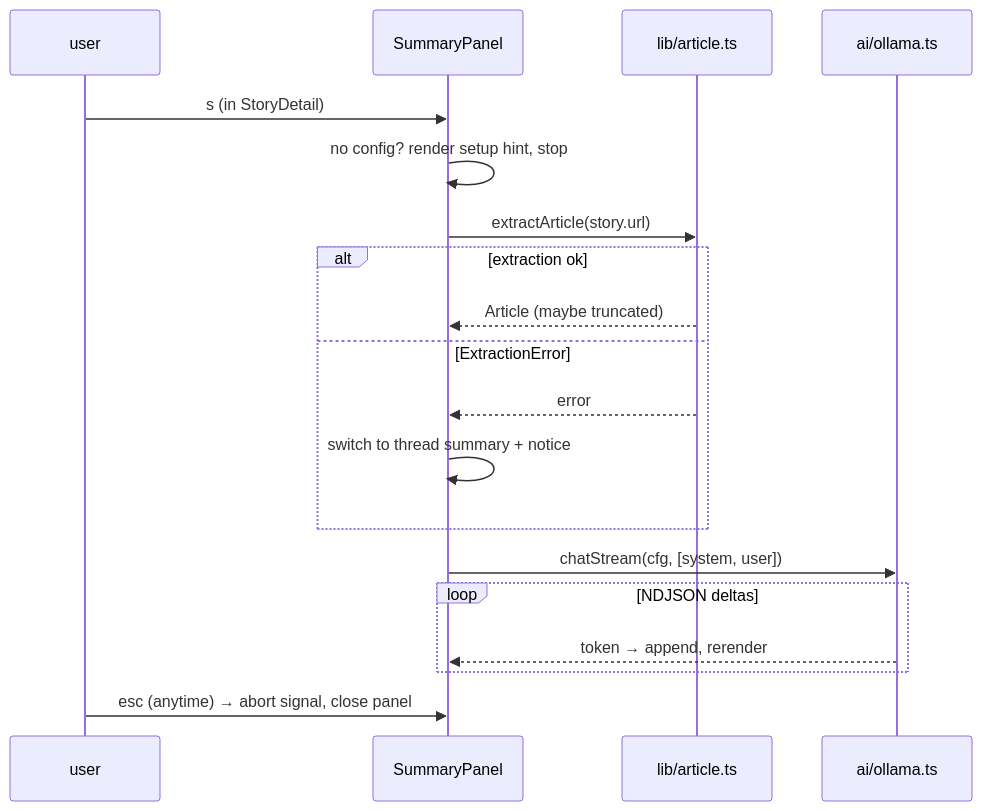
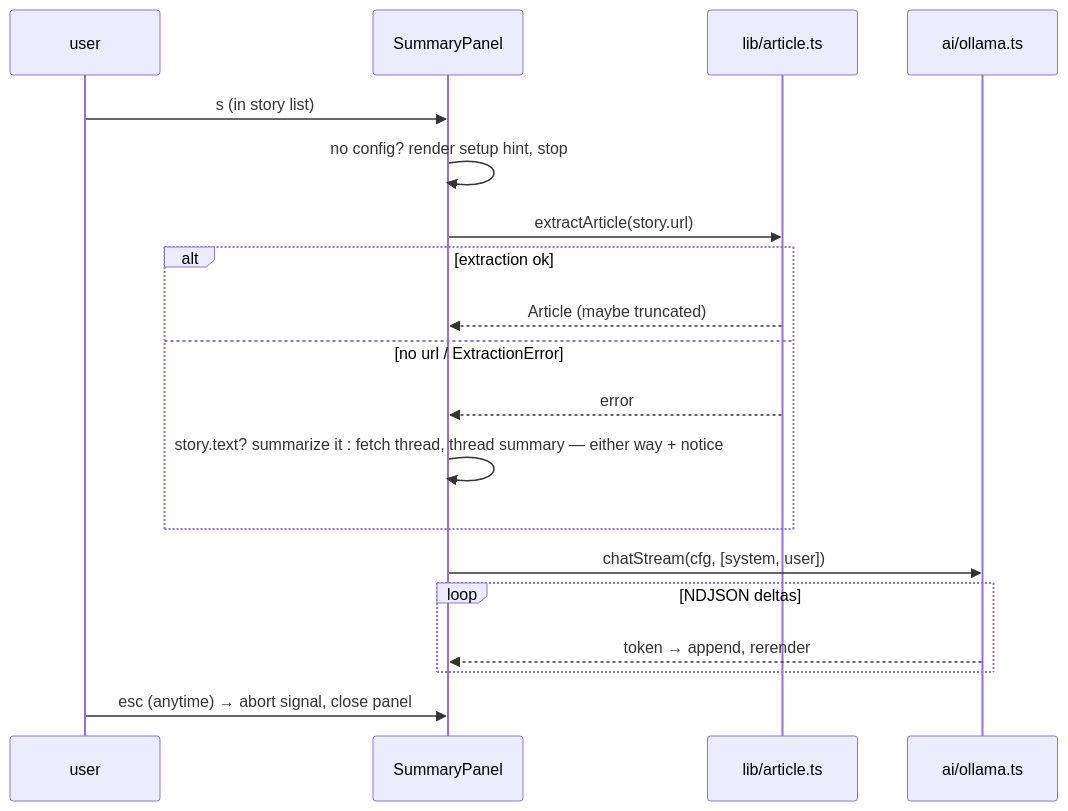
One commit to navinrc/hn-bits changed the diagram in specs/v2/04-summaries.md. Above: the diagram before and after it, drawn with Mermaid. The commit also changed other lines of this file and 5 other files, not shown here.

````diff
--- a/specs/v2/04-summaries.md
+++ b/specs/v2/04-summaries.md
@@ -30,22 +32,22 @@
 ```mermaid
 sequenceDiagram
     participant U as user
     participant P as SummaryPanel
     participant AR as lib/article.ts
     participant AI as ai/ollama.ts
 
-    U->>P: s (in StoryDetail)
+    U->>P: s (in story list)
     P->>P: no config? render setup hint, stop
     P->>AR: extractArticle(story.url)
     alt extraction ok
         AR-->>P: Article (maybe truncated)
-    else ExtractionError
+    else no url / ExtractionError
         AR-->>P: error
-        P->>P: switch to thread summary + notice
+        P->>P: story.text? summarize it : fetch thread, thread summary — either way + notice
     end
     P->>AI: chatStream(cfg, [system, user])
     loop NDJSON deltas
         AI-->>P: token → append, rerender
     end
     U->>P: esc (anytime) → abort signal, close panel
 ```
````
